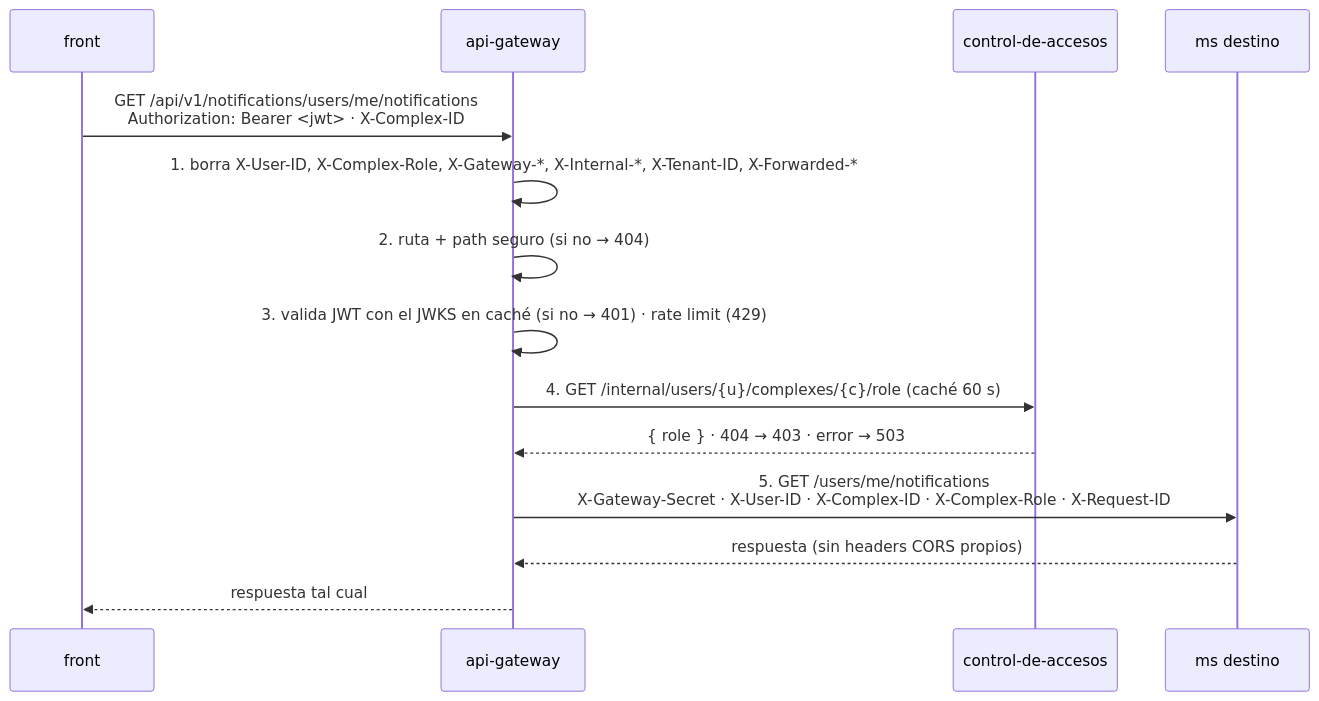
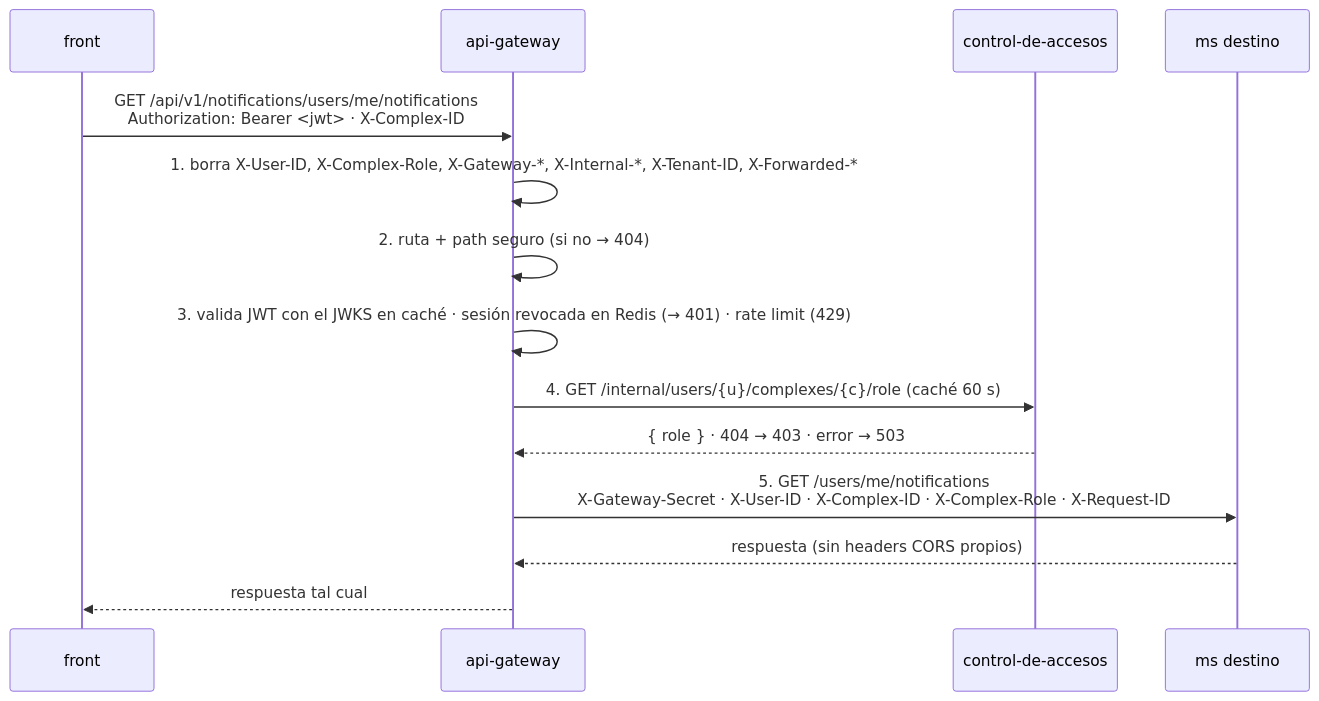
One commit to nestorsgarzonc/SuperApp changed the diagram in docs/api-gateway.md. Above: the diagram before and after it, drawn with Mermaid. The commit also changed other lines of this file and 38 other files, not shown here.

````diff
--- a/docs/api-gateway.md
+++ b/docs/api-gateway.md
@@ -25,17 +26,17 @@
 ```mermaid
 sequenceDiagram
   participant App as front
   participant GW as api-gateway
   participant CA as control-de-accesos
   participant MS as ms destino
 
   App->>GW: GET /api/v1/notifications/users/me/notifications<br/>Authorization: Bearer <jwt> · X-Complex-ID
   GW->>GW: 1. borra X-User-ID, X-Complex-Role, X-Gateway-*, X-Internal-*, X-Tenant-ID, X-Forwarded-*
   GW->>GW: 2. ruta + path seguro (si no → 404)
-  GW->>GW: 3. valida JWT con el JWKS en caché (si no → 401) · rate limit (429)
+  GW->>GW: 3. valida JWT con el JWKS en caché · sesión revocada en Redis (→ 401) · rate limit (429)
   GW->>CA: 4. GET /internal/users/{u}/complexes/{c}/role (caché 60 s)
   CA-->>GW: { role } · 404 → 403 · error → 503
   GW->>MS: 5. GET /users/me/notifications<br/>X-Gateway-Secret · X-User-ID · X-Complex-ID · X-Complex-Role · X-Request-ID
   MS-->>GW: respuesta (sin headers CORS propios)
   GW-->>App: respuesta tal cual
 ```
````
